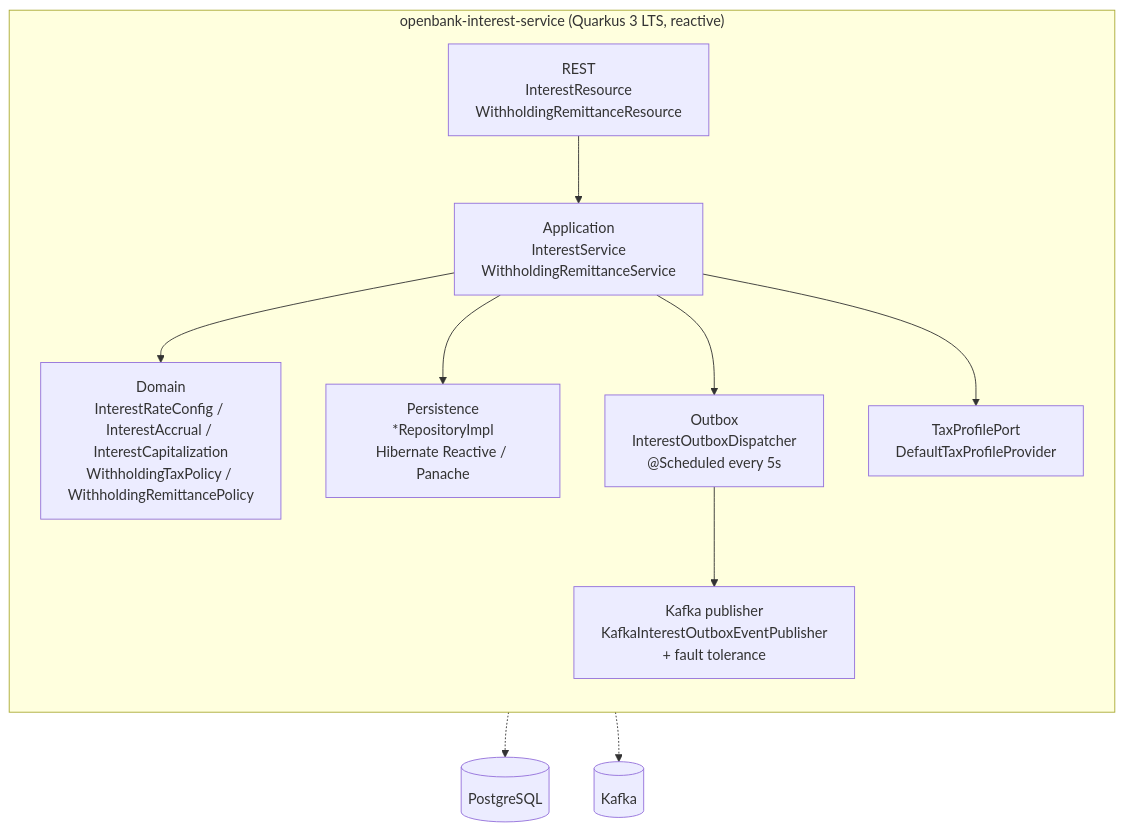
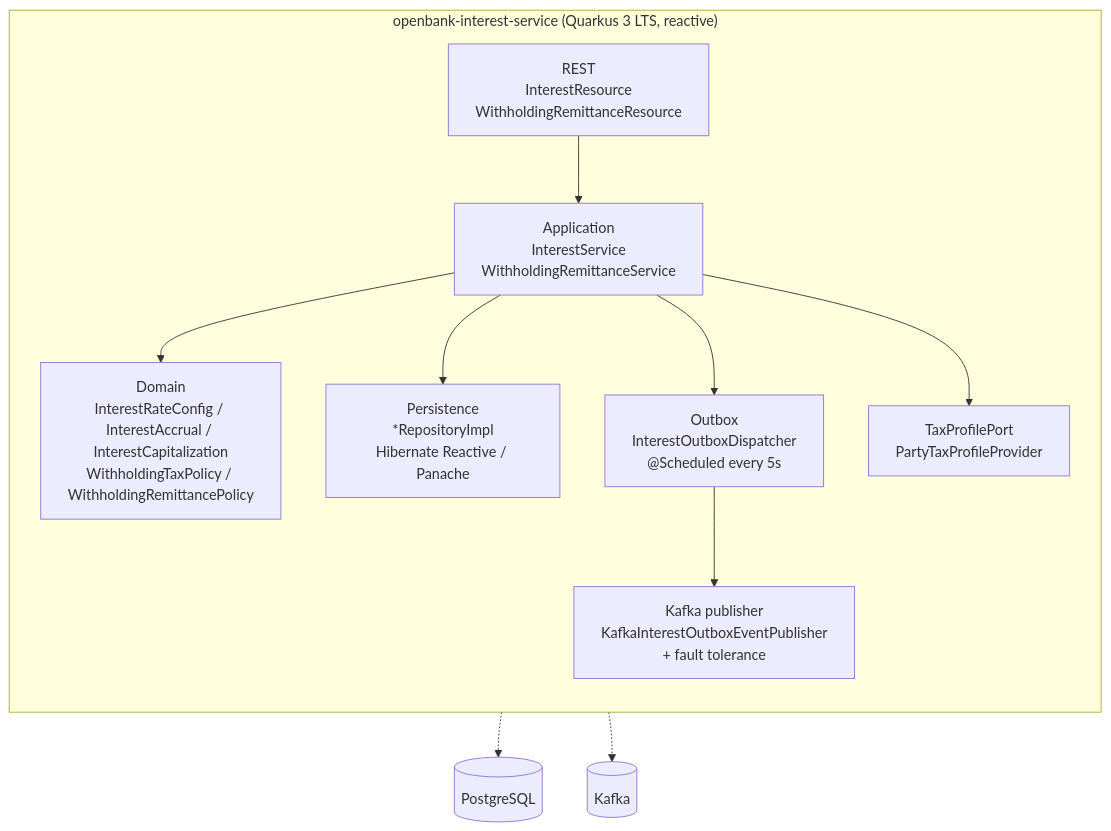
Before and after one commit to JiRaska/open-bank-oss: the second of 4 diagrams in openbank-interest-service/src/main/resources/docs/02-architecture.en.md, drawn with Mermaid. The commit also changed other lines of this file and 21 other files, not shown here.

First line of the commit message:
feat(interest): resolve TaxProfile from party attributes (ADR-0033 fast-follow)

````diff
--- a/openbank-interest-service/src/main/resources/docs/02-architecture.en.md
+++ b/openbank-interest-service/src/main/resources/docs/02-architecture.en.md
@@ -34,23 +34,23 @@
 ```mermaid
 graph TB
   subgraph "openbank-interest-service (Quarkus 3 LTS, reactive)"
     direction TB
     rest[REST<br/>InterestResource<br/>WithholdingRemittanceResource]
     uc[Application<br/>InterestService<br/>WithholdingRemittanceService]
     dom[Domain<br/>InterestRateConfig / InterestAccrual / InterestCapitalization<br/>WithholdingTaxPolicy / WithholdingRemittancePolicy]
     persist[Persistence<br/>*RepositoryImpl<br/>Hibernate Reactive / Panache]
     outbox["Outbox<br/>InterestOutboxDispatcher<br/>@Scheduled every 5s"]
     kafka[Kafka publisher<br/>KafkaInterestOutboxEventPublisher<br/>+ fault tolerance]
-    tax[TaxProfilePort<br/>DefaultTaxProfileProvider]
+    tax[TaxProfilePort<br/>PartyTaxProfileProvider]
   end
 
   rest --> uc
   uc --> dom
   uc --> persist
   uc --> outbox
   uc --> tax
   outbox --> kafka
 
   persist -.-> db[(PostgreSQL)]
   kafka -.-> broker[(Kafka)]
 ```
````
